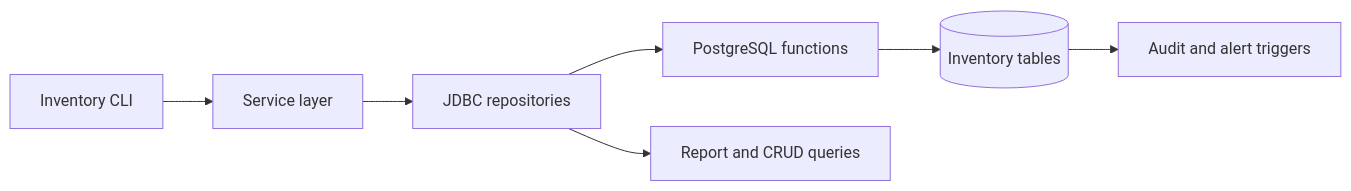
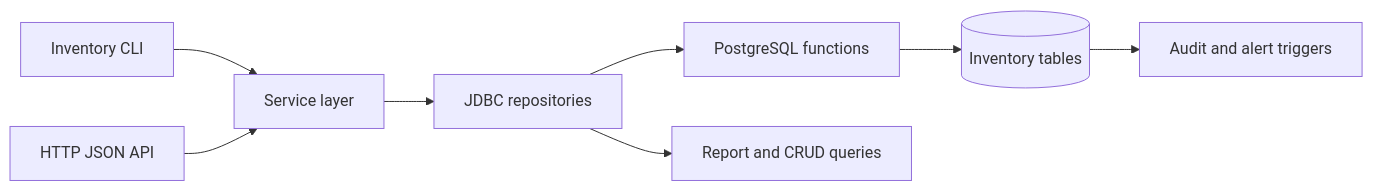
One commit to kshres31/intelligent-inventory-management-system changed the diagram in README.md. Above: the diagram before and after it, drawn with Mermaid. The commit also changed other lines of this file and 16 other files, not shown here.

First line of the commit message:
feat: expose inventory workflows through a JSON HTTP API

````diff
--- a/README.md
+++ b/README.md
@@ -33,9 +35,10 @@
 ```mermaid
 flowchart LR
     CLI[Inventory CLI] --> Services[Service layer]
+    API[HTTP JSON API] --> Services
     Services --> Repositories[JDBC repositories]
     Repositories --> Functions[PostgreSQL functions]
     Repositories --> Queries[Report and CRUD queries]
     Functions --> Inventory[(Inventory tables)]
     Inventory --> Triggers[Audit and alert triggers]
 ```
````
